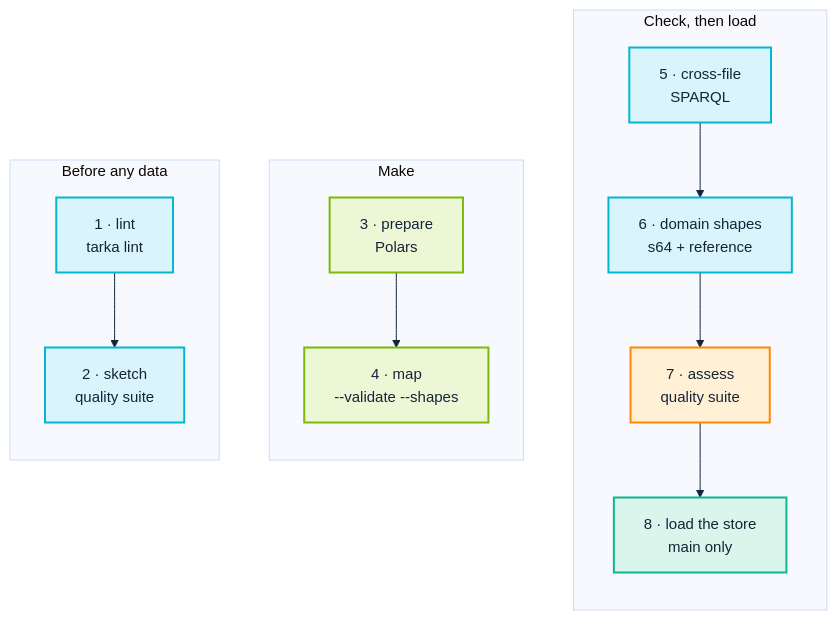
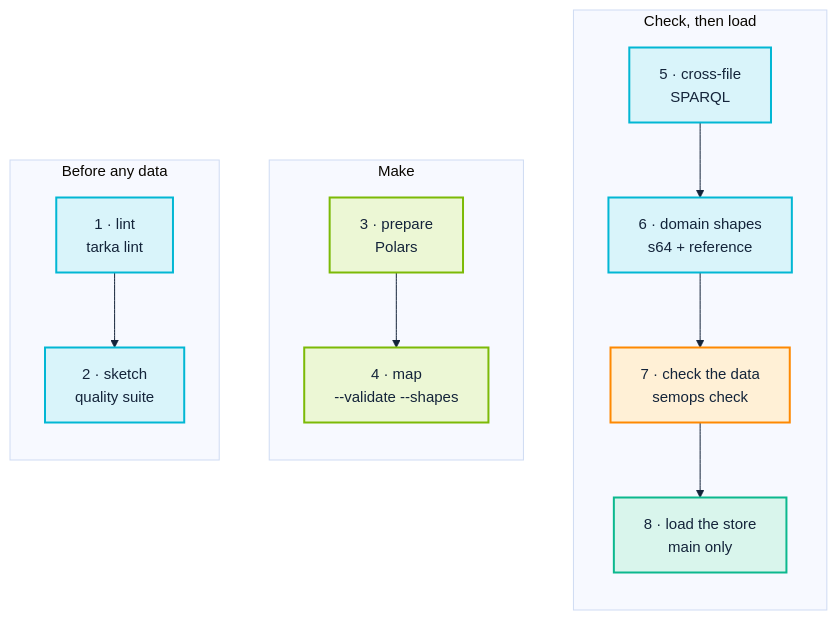
The diagram in tarka/manual/docs/14-a-pipeline.md (pwin/SemopsSystem), drawn with Mermaid before and after one commit. The commit also changed other lines of this file and 27 other files, not shown here.

````diff
--- a/tarka/manual/docs/14-a-pipeline.md
+++ b/tarka/manual/docs/14-a-pipeline.md
@@ -8,23 +8,23 @@
 ```mermaid
 %%{init: {'theme':'base','themeVariables':{
   'fontSize':'15px','fontFamily':'Segoe UI, Helvetica, Arial, sans-serif',
   'lineColor':'#14243A','primaryTextColor':'#14243A',
   'edgeLabelBackground':'#FFFFFF'}}}%%
 flowchart TD
     subgraph Check["Check, then load"]
       direction TB
-      X["5 · cross-file<br/>SPARQL"]:::ci --> V["6 · domain shapes<br/>s64 + reference"]:::ci --> D["7 · assess<br/>quality suite"]:::govern --> St["8 · load the store<br/>main only"]:::ops
+      X["5 · cross-file<br/>SPARQL"]:::ci --> V["6 · domain shapes<br/>s64 + reference"]:::ci --> D["7 · check the data<br/>semops check"]:::govern --> St["8 · load the store<br/>main only"]:::ops
     end
     subgraph Make["Make"]
       direction TB
       P["3 · prepare<br/>Polars"]:::data --> M["4 · map<br/>--validate --shapes"]:::data
     end
     subgraph Before["Before any data"]
       direction TB
       L["1 · lint<br/>tarka lint"]:::ci --> S["2 · sketch<br/>quality suite"]:::ci
     end
 classDef ci      fill:#D9F4FA,stroke:#02B7D4,stroke-width:2px,color:#14243A;
 classDef data    fill:#ECF7D5,stroke:#7CBA07,stroke-width:2px,color:#14243A;
 classDef govern  fill:#FFF0D6,stroke:#FE8902,stroke-width:2px,color:#14243A;
 classDef ops     fill:#D9F5EC,stroke:#0CB88E,stroke-width:2px,color:#14243A;
 ```
````
